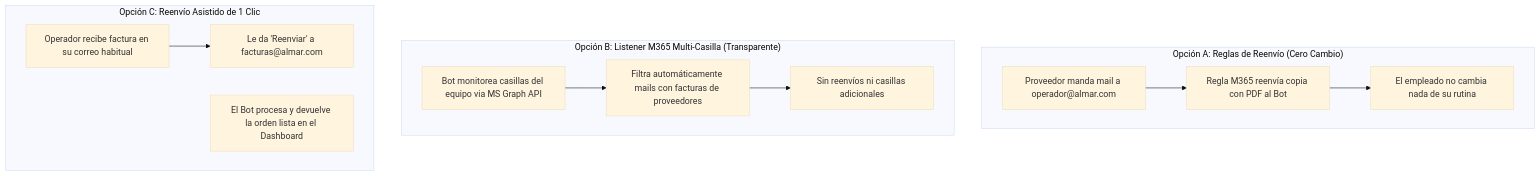
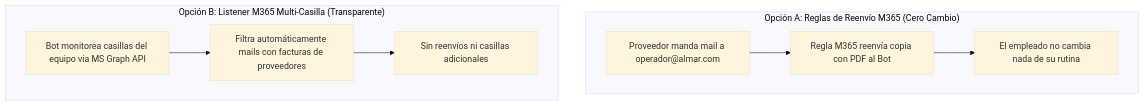
Before and after one commit to FranBondino/informe-api-almar: the fourth of 7 diagrams in PRESENTACION_REUNION.md, drawn with Mermaid (base theme). The commit also changed other lines of this file and 5 other files, not shown here.

````diff
--- a/PRESENTACION_REUNION.md
+++ b/PRESENTACION_REUNION.md
@@ -157,17 +157,12 @@
 ```mermaid
 flowchart TD
-    subgraph OPCION_A["Opción A: Reglas de Reenvío (Cero Cambio)"]
+    subgraph OPCION_A["Opción A: Reglas de Reenvío M365 (Cero Cambio)"]
         A1["Proveedor manda mail a operador@almar.com"] --> A2["Regla M365 reenvía copia con PDF al Bot"]
         A2 --> A3["El empleado no cambia nada de su rutina"]
     end
 
     subgraph OPCION_B["Opción B: Listener M365 Multi-Casilla (Transparente)"]
         B1["Bot monitorea casillas del equipo via MS Graph API"] --> B2["Filtra automáticamente mails con facturas de proveedores"]
         B2 --> B3["Sin reenvíos ni casillas adicionales"]
     end
-
-    subgraph OPCION_C["Opción C: Reenvío Asistido de 1 Clic"]
-        C1["Operador recibe factura en su correo habitual"] --> C2["Le da 'Reenviar' a facturas@almar.com"]
-        C3["El Bot procesa y devuelve la orden lista en el Dashboard"]
-    end
 ```
````
